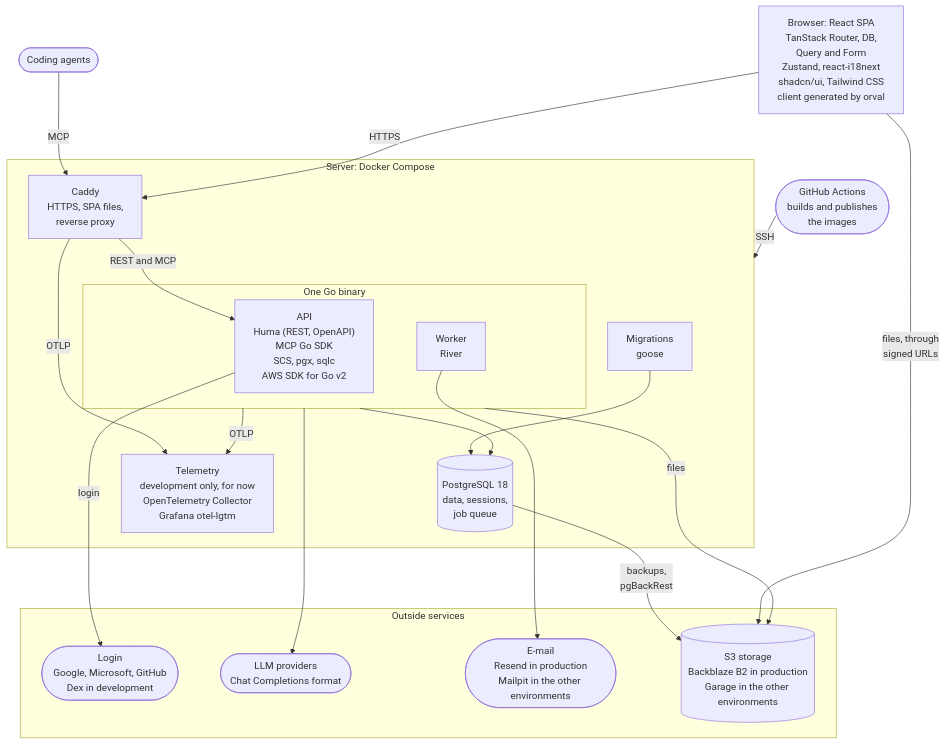
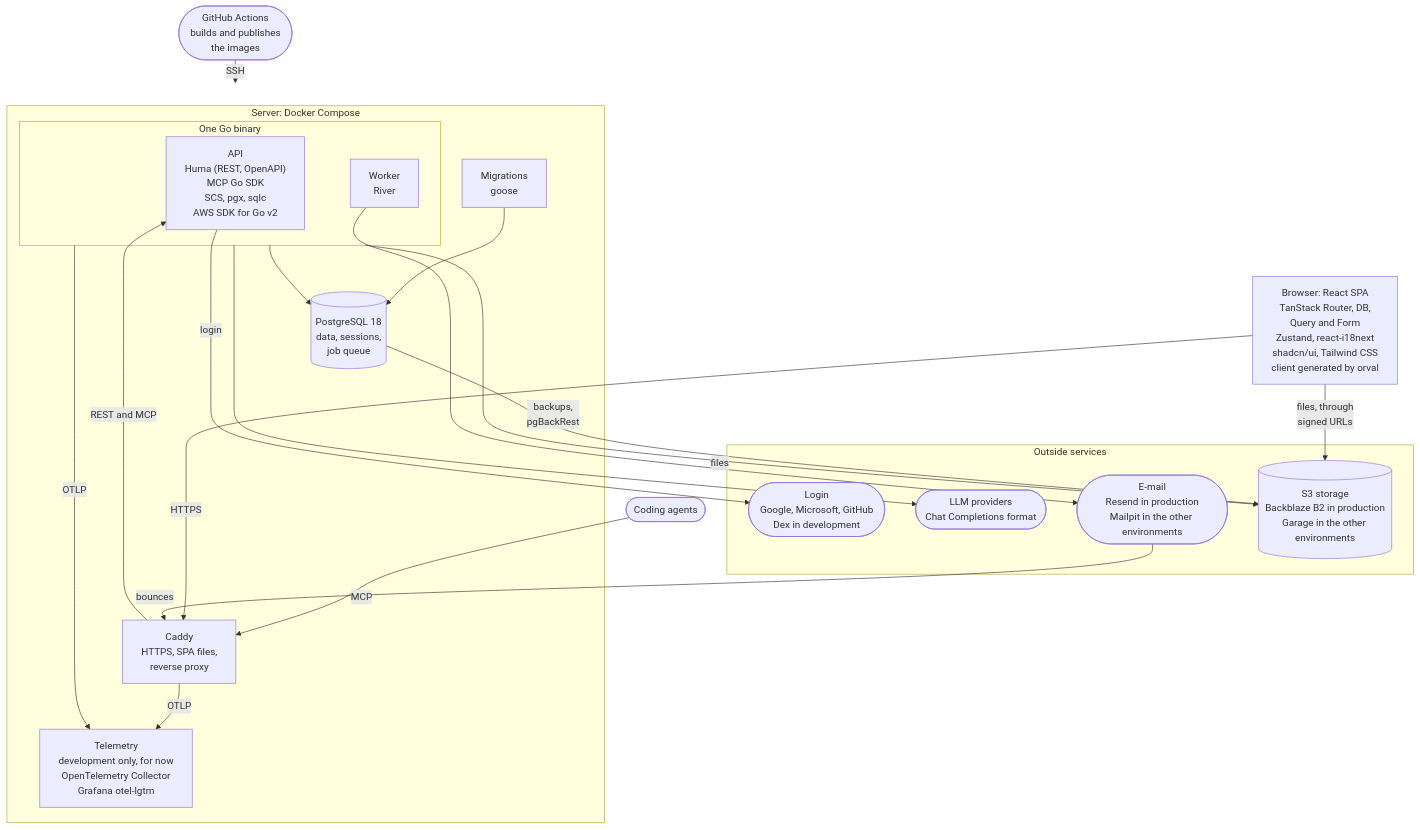
One commit to dannilodms/forgespark changed the second of 2 diagrams in README.md. Above: the diagram before and after it, drawn with Mermaid. The commit also changed other lines of this file and 329 other files, not shown here.

````diff
--- a/README.md
+++ b/README.md
@@ -107,41 +107,42 @@
 ```mermaid
 flowchart TB
     actions(["GitHub Actions<br/>builds and publishes<br/>the images"])
     agents(["Coding agents"])
     spa["Browser: React SPA<br/>TanStack Router, DB,<br/>Query and Form<br/>Zustand, react-i18next<br/>shadcn/ui, Tailwind CSS<br/>client generated by orval"]
 
     subgraph server ["Server: Docker Compose"]
         caddy["Caddy<br/>HTTPS, SPA files,<br/>reverse proxy"]
         subgraph binary ["One Go binary"]
             api["API<br/>Huma (REST, OpenAPI)<br/>MCP Go SDK<br/>SCS, pgx, sqlc<br/>AWS SDK for Go v2"]
             worker["Worker<br/>River"]
         end
         migrate["Migrations<br/>goose"]
         db[("PostgreSQL 18<br/>data, sessions,<br/>job queue")]
         telemetry["Telemetry<br/>development only, for now<br/>OpenTelemetry Collector<br/>Grafana otel-lgtm"]
     end
 
     subgraph outside ["Outside services"]
         idp(["Login<br/>Google, Microsoft, GitHub<br/>Dex in development"])
         llm(["LLM providers<br/>Chat Completions format"])
         mail(["E-mail<br/>Resend in production<br/>Mailpit in the other environments"])
         storage[("S3 storage<br/>Backblaze B2 in production<br/>Garage in the other environments")]
     end
 
     actions -->|"SSH"| server
     agents -->|"MCP"| caddy
     spa -->|"HTTPS"| caddy
     caddy -->|"REST and MCP"| api
     binary --> db
     migrate --> db
     binary & caddy -->|"OTLP"| telemetry
     api -->|"login"| idp
     binary --> llm
     worker --> mail
+    mail -->|"bounces"| caddy
     binary -->|"files"| storage
     db -->|"backups,<br/>pgBackRest"| storage
     spa -->|"files, through<br/>signed URLs"| storage
     db ~~~ idp
     db ~~~ llm
     db ~~~ mail
 ```
````
